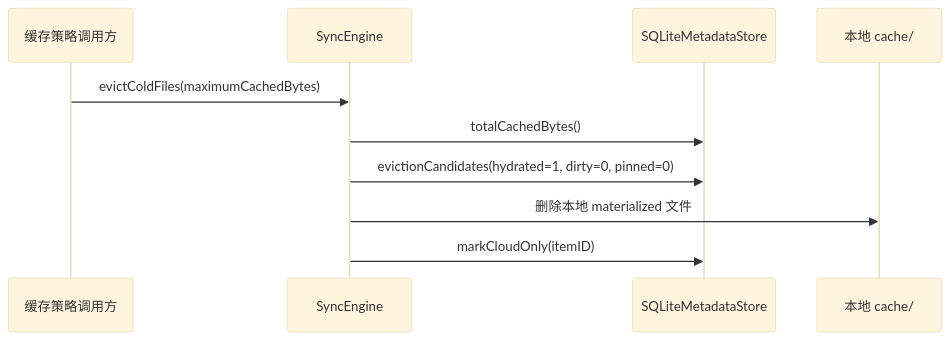
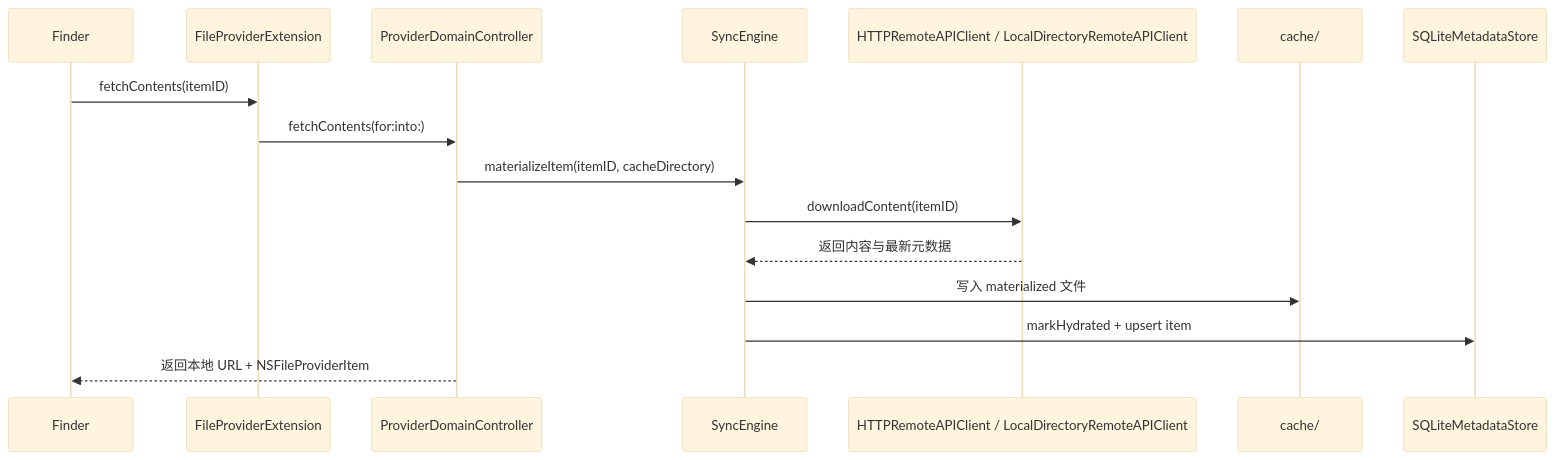
The fifth of 5 diagrams in docs/architecture.md (peiel/cloud-placeholders), drawn with Mermaid (base theme) before and after one commit. The commit also changed other lines of this file and 34 other files, not shown here.

````diff
--- a/docs/architecture.md
+++ b/docs/architecture.md
@@ -122,13 +120,19 @@
 ```mermaid
 sequenceDiagram
-    participant Policy as 缓存策略调用方
+    participant Finder as Finder
+    participant FP as FileProviderExtension
+    participant Ctrl as ProviderDomainController
     participant Sync as SyncEngine
-    participant DB as SQLiteMetadataStore
-    participant Cache as 本地 cache/
+    participant Remote as HTTPRemoteAPIClient / LocalDirectoryRemoteAPIClient
+    participant Cache as cache/
+    participant Store as SQLiteMetadataStore
 
-    Policy->>Sync: evictColdFiles(maximumCachedBytes)
-    Sync->>DB: totalCachedBytes()
-    Sync->>DB: evictionCandidates(hydrated=1, dirty=0, pinned=0)
-    Sync->>Cache: 删除本地 materialized 文件
-    Sync->>DB: markCloudOnly(itemID)
+    Finder->>FP: fetchContents(itemID)
+    FP->>Ctrl: fetchContents(for:into:)
+    Ctrl->>Sync: materializeItem(itemID, cacheDirectory)
+    Sync->>Remote: downloadContent(itemID)
+    Remote-->>Sync: 返回内容与最新元数据
+    Sync->>Cache: 写入 materialized 文件
+    Sync->>Store: markHydrated + upsert item
+    Ctrl-->>Finder: 返回本地 URL + NSFileProviderItem
 ```
````
